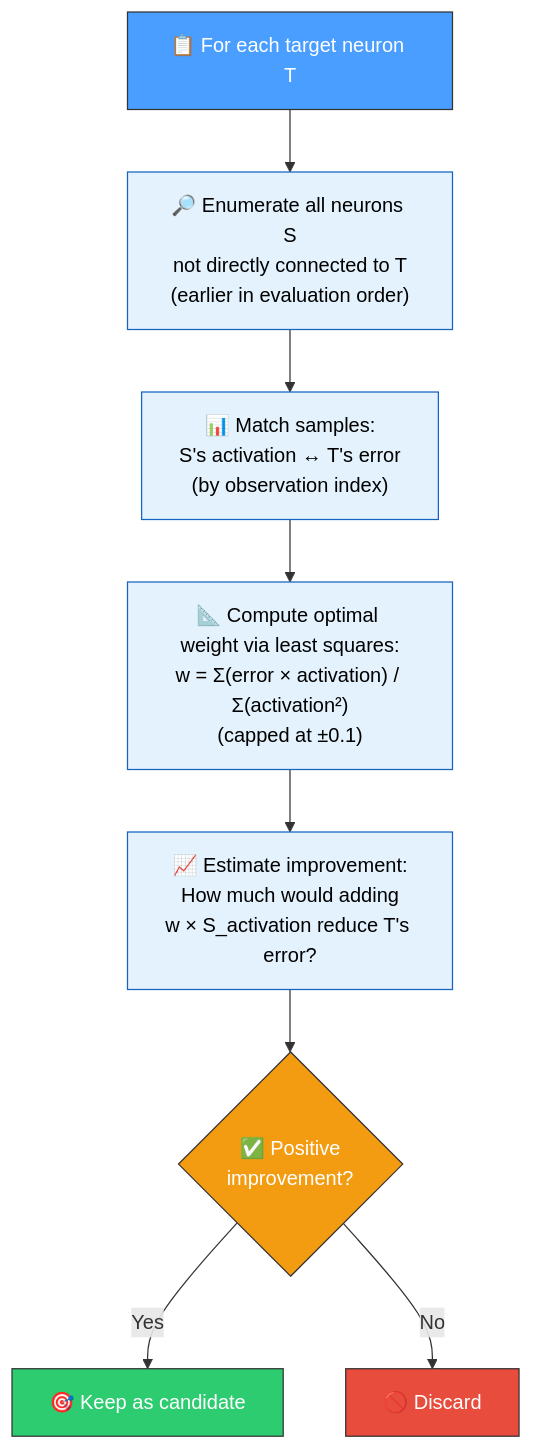
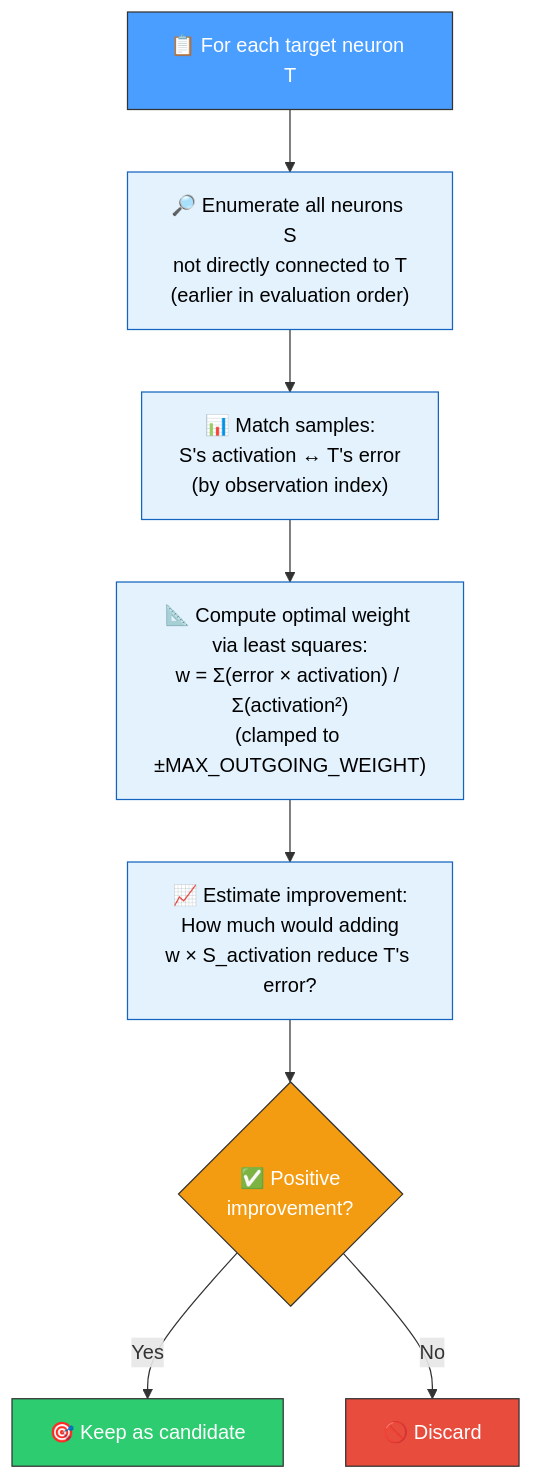
One commit to stSoftwareAU/NEAT-AI-Discovery changed the second of 5 diagrams in docs/discoveries/add-synapse.md. Above: the diagram before and after it, drawn with Mermaid. The commit also changed other lines of this file and 9 other files, not shown here.

````diff
--- a/docs/discoveries/add-synapse.md
+++ b/docs/discoveries/add-synapse.md
@@ -42,24 +42,24 @@
 ```mermaid
 flowchart TD
     A["📋 For each target neuron T"]
     B["🔎 Enumerate all neurons S<br/>not directly connected to T<br/>(earlier in evaluation order)"]
     C["📊 Match samples:<br/>S's activation ↔ T's error<br/>(by observation index)"]
-    D["📐 Compute optimal weight via least squares:<br/>w = Σ(error × activation) / Σ(activation²)<br/>(capped at ±0.1)"]
+    D["📐 Compute optimal weight via least squares:<br/>w = Σ(error × activation) / Σ(activation²)<br/>(clamped to ±MAX_OUTGOING_WEIGHT)"]
     E["📈 Estimate improvement:<br/>How much would adding<br/>w × S_activation reduce T's error?"]
     F{"✅ Positive<br/>improvement?"}
     G["🎯 Keep as candidate"]
     H["🚫 Discard"]
 
     A --> B --> C --> D --> E --> F
     F -- "Yes" --> G
     F -- "No" --> H
 
     style A fill:#4a9eff,stroke:#333,color:#fff
     style B fill:#e3f2fd,stroke:#1565c0,color:#000
     style C fill:#e3f2fd,stroke:#1565c0,color:#000
     style D fill:#e3f2fd,stroke:#1565c0,color:#000
     style E fill:#e3f2fd,stroke:#1565c0,color:#000
     style F fill:#f39c12,stroke:#333,color:#fff
     style G fill:#2ecc71,stroke:#333,color:#fff
     style H fill:#e74c3c,stroke:#333,color:#fff
 ```
````
